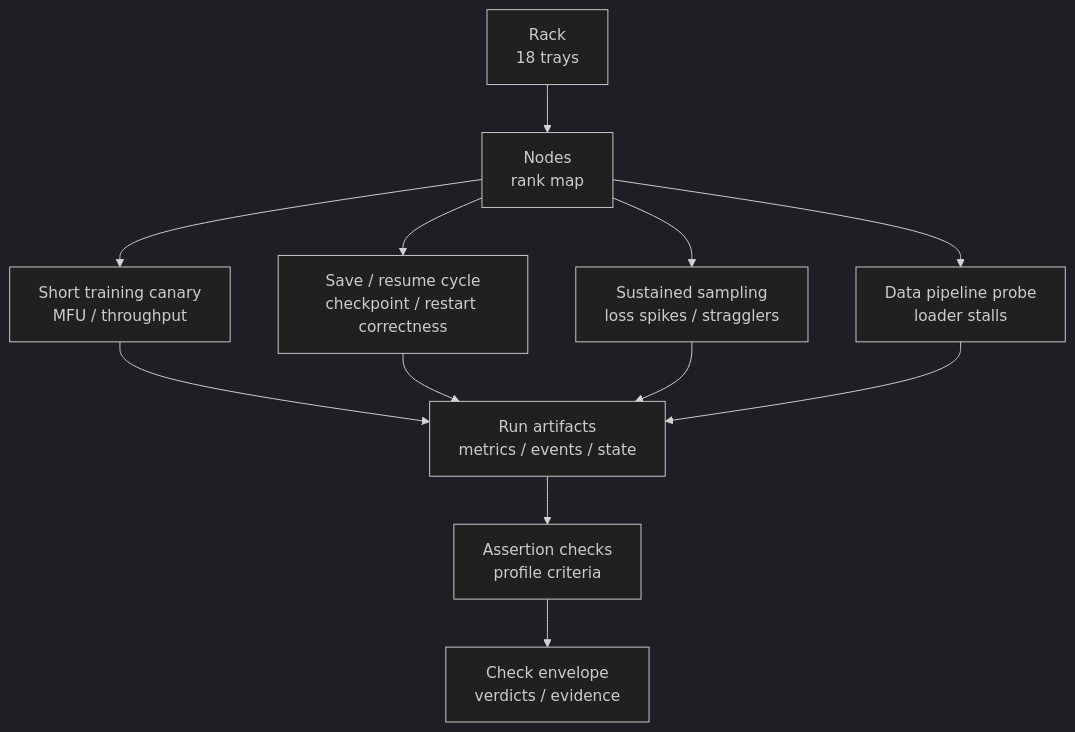
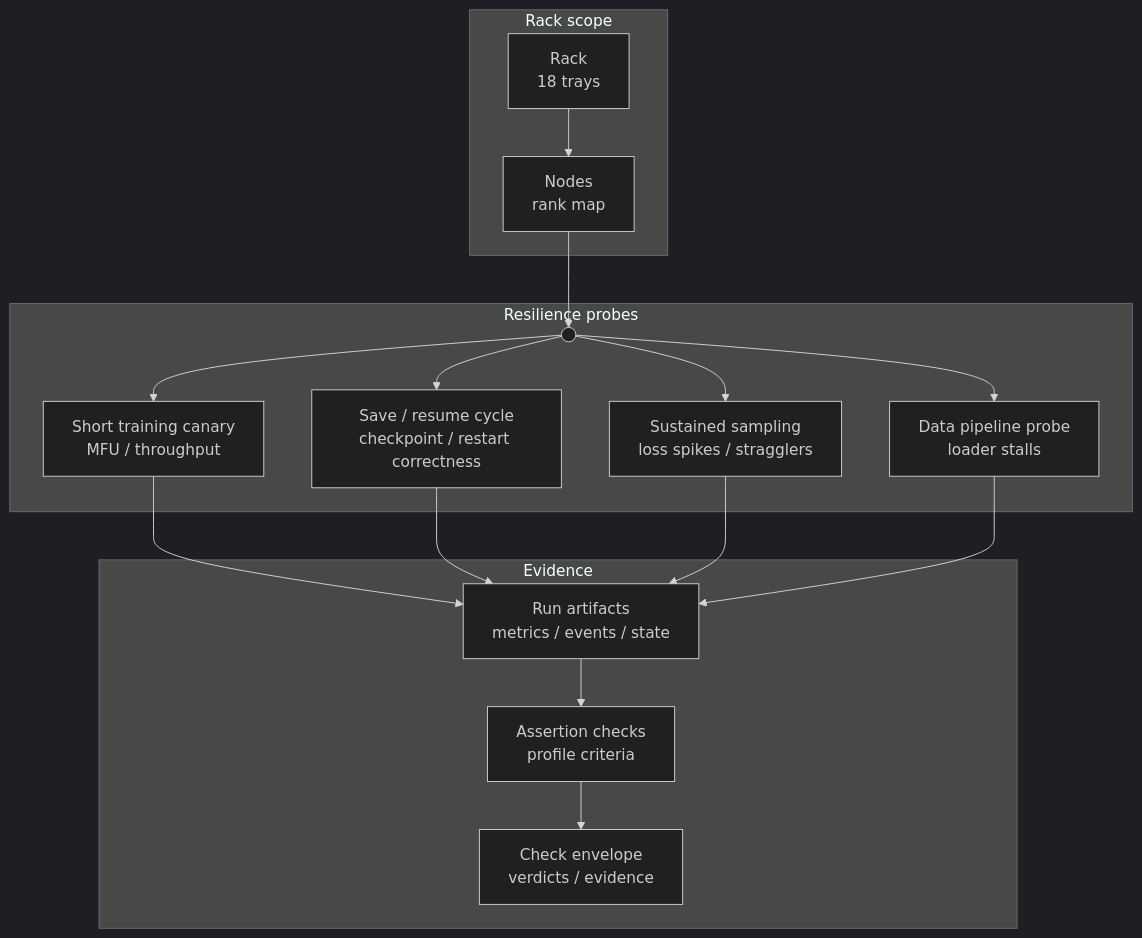
One commit to aviralmansingka/rack-bench changed the diagram in docs/customer/training-bench-research.md. Above: the diagram before and after it, drawn with Mermaid (dark theme). The commit also changed 6 other files, not shown here.

First line of the commit message:
docs(customer): redo mermaid diagrams to family style

````diff
--- a/docs/customer/training-bench-research.md
+++ b/docs/customer/training-bench-research.md
@@ -64,23 +64,26 @@
 ```mermaid
-flowchart TB
-  Rack["Rack<br/>18 trays"]
-  Nodes["Nodes<br/>rank map"]
-  Canary["Short training canary<br/>MFU / throughput"]
-  Checkpoint["Save / resume cycle<br/>checkpoint / restart correctness"]
-  Sampling["Sustained sampling<br/>loss spikes / stragglers"]
-  Pipeline["Data pipeline probe<br/>loader stalls"]
-  Artifacts["Run artifacts<br/>metrics / events / state"]
-  Assertions["Assertion checks<br/>profile criteria"]
-  Envelope["Check envelope<br/>verdicts / evidence"]
-  Rack --> Nodes
-  Nodes --> Canary
-  Nodes --> Checkpoint
-  Nodes --> Sampling
-  Nodes --> Pipeline
-  Canary --> Artifacts
-  Checkpoint --> Artifacts
-  Sampling --> Artifacts
-  Pipeline --> Artifacts
-  Artifacts --> Assertions
-  Assertions --> Envelope
+flowchart TD
+  subgraph rackScope["Rack scope"]
+    Rack["Rack<br/>18 trays"]
+    Nodes["Nodes<br/>rank map"]
+    Rack --> Nodes
+  end
+  Nodes --> J((" "))
+  subgraph probes["Resilience probes"]
+    J --> Canary["Short training canary<br/>MFU / throughput"]
+    J --> Checkpoint["Save / resume cycle<br/>checkpoint / restart correctness"]
+    J --> Sampling["Sustained sampling<br/>loss spikes / stragglers"]
+    J --> Pipeline["Data pipeline probe<br/>loader stalls"]
+  end
+  subgraph evidence["Evidence"]
+    Artifacts["Run artifacts<br/>metrics / events / state"]
+    Assertions["Assertion checks<br/>profile criteria"]
+    Envelope["Check envelope<br/>verdicts / evidence"]
+    Canary --> Artifacts
+    Checkpoint --> Artifacts
+    Sampling --> Artifacts
+    Pipeline --> Artifacts
+    Artifacts --> Assertions
+    Assertions --> Envelope
+  end
 ```
````
